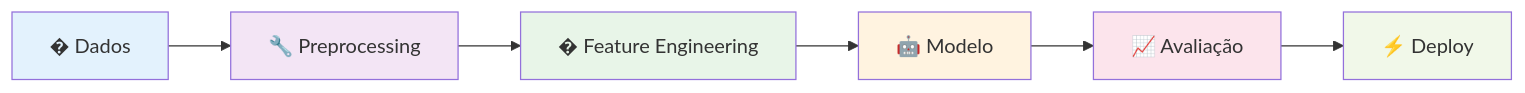
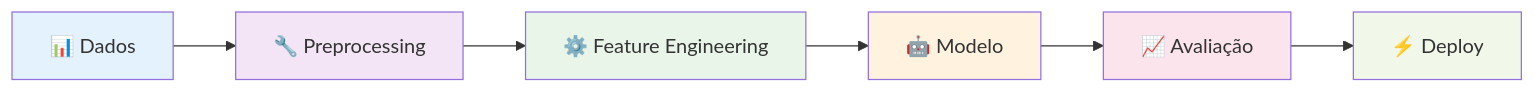
The sixth of 8 diagrams in README.md (ulissesbomjardim/machine-learning-engineer), drawn with Mermaid before and after one commit. The commit also changed other lines of this file, not shown here.

Commit message:
docs: Complete documentation redesign with modern layout and Mermaid diagrams

````diff
--- a/README.md
+++ b/README.md
@@ -350,15 +350,15 @@
 ```mermaid
 graph LR
-    A[� Dados] --> B[🔧 Preprocessing]
-    B --> C[� Feature Engineering]
-    C --> D[🤖 Modelo]
-    D --> E[📈 Avaliação]
-    E --> F[⚡ Deploy]
+    A["📊 Dados"] --> B["🔧 Preprocessing"]
+    B --> C["⚙️ Feature Engineering"]
+    C --> D["🤖 Modelo"]
+    D --> E["📈 Avaliação"]
+    E --> F["⚡ Deploy"]
 
     style A fill:#e3f2fd
     style B fill:#f3e5f5
     style C fill:#e8f5e8
     style D fill:#fff3e0
     style E fill:#fce4ec
     style F fill:#f1f8e9
 ```
````
